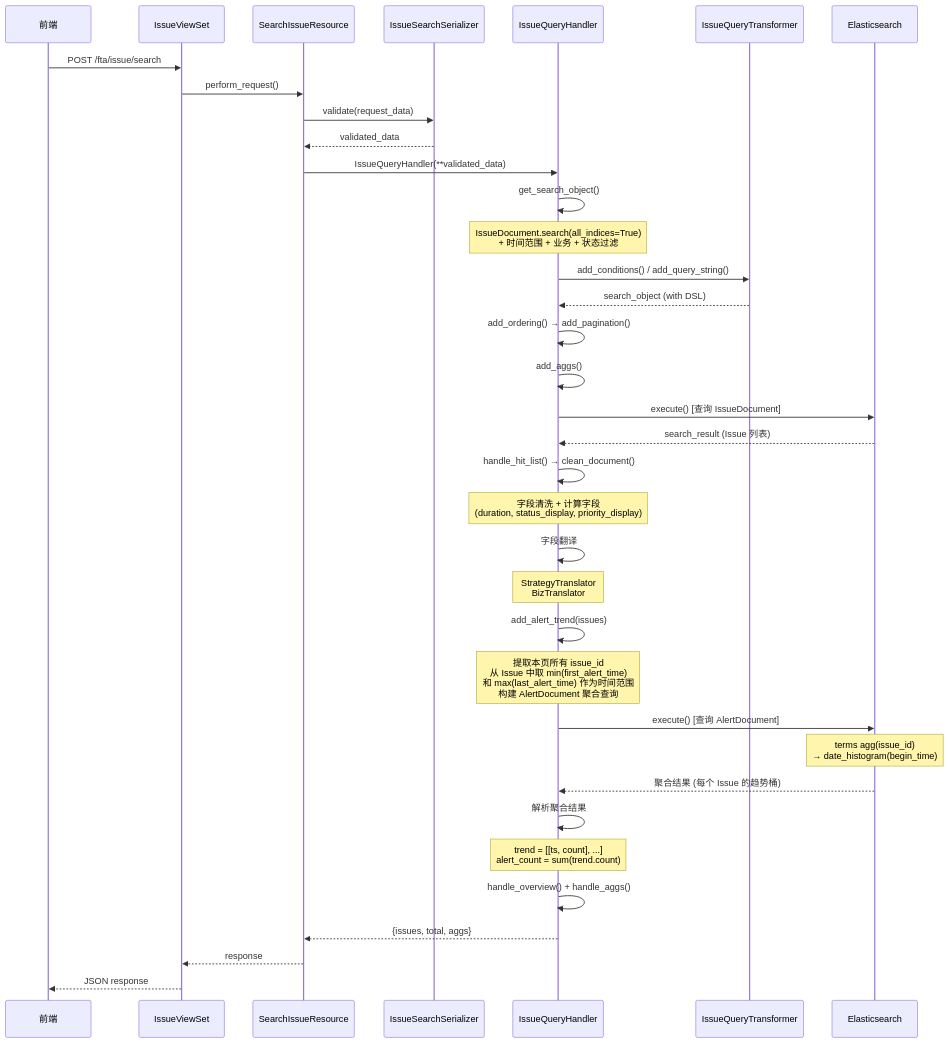
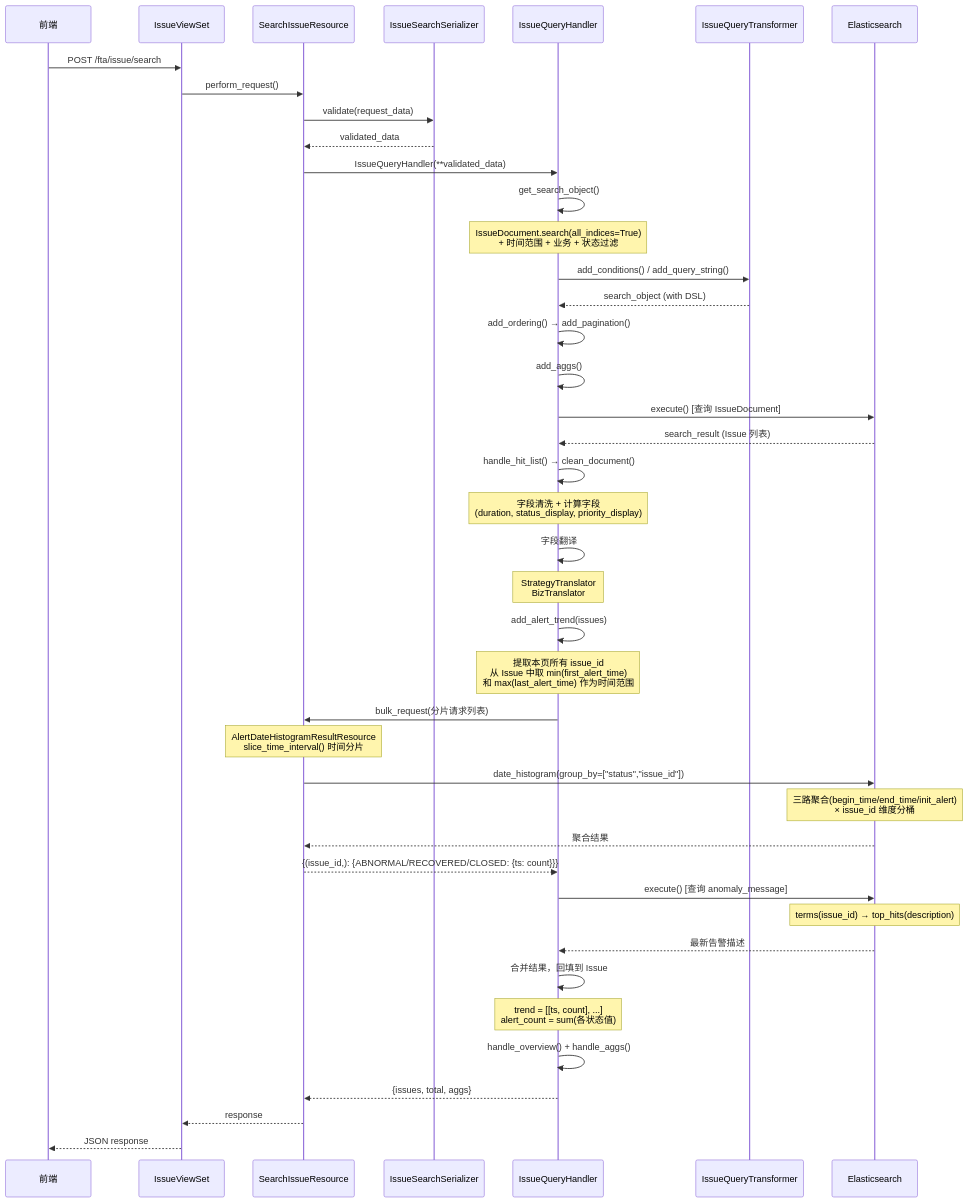
The diagram in bkmonitor/docs/design/design/Issues列表接口设计.md (HACK-WU/bk-monitor), drawn with Mermaid before and after one commit. The commit also changed other lines of this file and 1 other file, not shown here.

````diff
--- a/bkmonitor/docs/design/design/Issues列表接口设计.md
+++ b/bkmonitor/docs/design/design/Issues列表接口设计.md
@@ -907,49 +939,56 @@
 ```mermaid
 sequenceDiagram
     participant FE as 前端
     participant View as IssueViewSet
     participant Res as SearchIssueResource
     participant Ser as IssueSearchSerializer
     participant Handler as IssueQueryHandler
     participant Trans as IssueQueryTransformer
     participant ES as Elasticsearch
 
     FE->>View: POST /fta/issue/search
     View->>Res: perform_request()
     Res->>Ser: validate(request_data)
     Ser-->>Res: validated_data
     Res->>Handler: IssueQueryHandler(**validated_data)
 
     Handler->>Handler: get_search_object()
     Note over Handler: IssueDocument.search(all_indices=True)<br/>+ 时间范围 + 业务 + 状态过滤
 
     Handler->>Trans: add_conditions() / add_query_string()
     Trans-->>Handler: search_object (with DSL)
 
     Handler->>Handler: add_ordering() → add_pagination()
 Handler->>Handler: add_aggs()
 
     Handler->>ES: execute() [查询 IssueDocument]
     ES-->>Handler: search_result (Issue 列表)
 
     Handler->>Handler: handle_hit_list() → clean_document()
     Note over Handler: 字段清洗 + 计算字段<br/>(duration, status_display, priority_display)
 
     Handler->>Handler: 字段翻译
     Note over Handler: StrategyTranslator<br/>BizTranslator
 
     Handler->>Handler: add_alert_trend(issues)
-    Note over Handler: 提取本页所有 issue_id<br/>从 Issue 中取 min(first_alert_time)<br/>和 max(last_alert_time) 作为时间范围<br/>构建 AlertDocument 聚合查询
+    Note over Handler: 提取本页所有 issue_id<br/>从 Issue 中取 min(first_alert_time)<br/>和 max(last_alert_time) 作为时间范围
 
-    Handler->>ES: execute() [查询 AlertDocument]
-    Note over ES: terms agg(issue_id)<br/>→ date_histogram(begin_time)
-    ES-->>Handler: 聚合结果 (每个 Issue 的趋势桶)
+    Handler->>Res: bulk_request(分片请求列表)
+    Note over Res: AlertDateHistogramResultResource<br/>slice_time_interval() 时间分片
+    Res->>ES: date_histogram(group_by=["status","issue_id"])
+    Note over ES: 三路聚合(begin_time/end_time/init_alert)<br/>× issue_id 维度分桶
+    ES-->>Res: 聚合结果
+    Res-->>Handler: {(issue_id,): {ABNORMAL/RECOVERED/CLOSED: {ts: count}}}
 
-    Handler->>Handler: 解析聚合结果
-    Note over Handler: trend = [[ts, count], ...]<br/>alert_count = sum(trend.count)
+    Handler->>ES: execute() [查询 anomaly_message]
+    Note over ES: terms(issue_id) → top_hits(description)
+    ES-->>Handler: 最新告警描述
+
+    Handler->>Handler: 合并结果，回填到 Issue
+    Note over Handler: trend = [[ts, count], ...]<br/>alert_count = sum(各状态值)
 
     Handler->>Handler: handle_overview() + handle_aggs()
 Handler-->>Res: {issues, total, aggs}
     Res-->>View: response
     View-->>FE: JSON response
 ```
````
